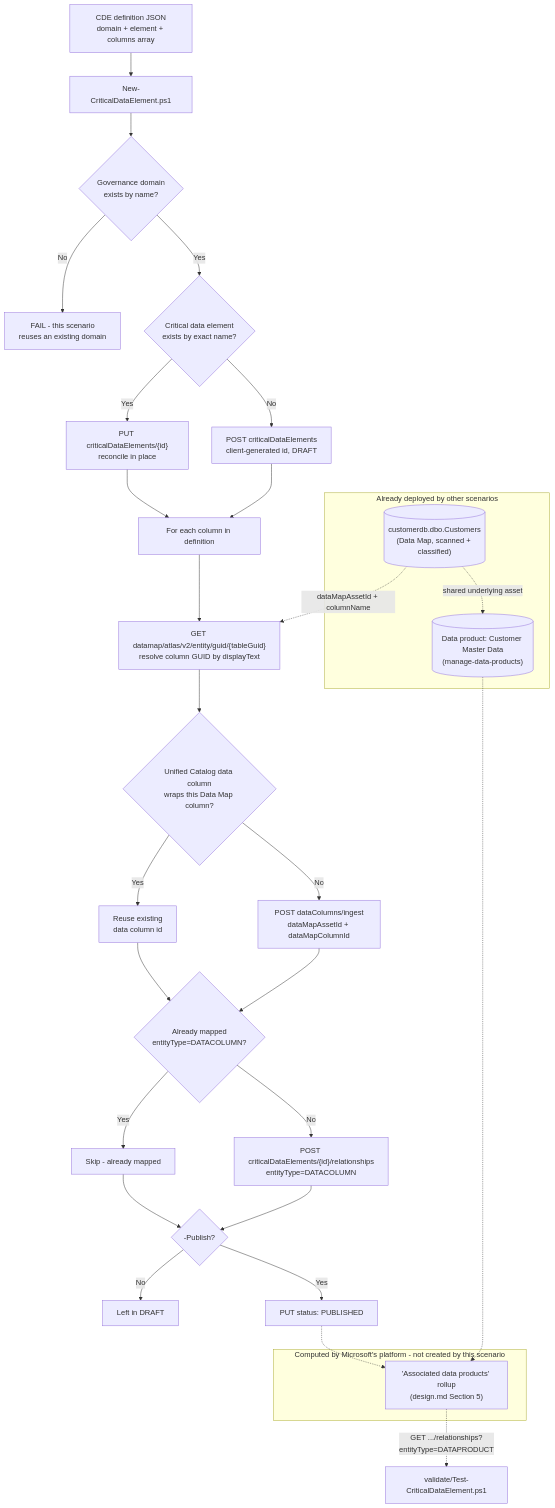
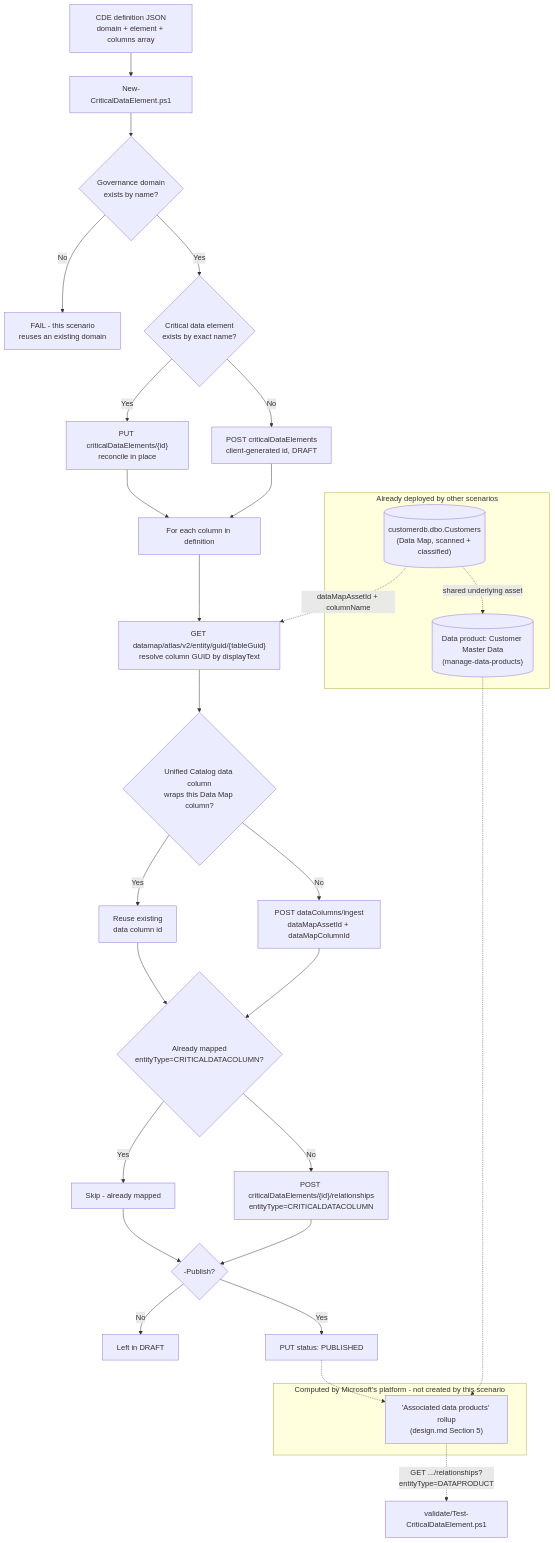
Before and after one commit to kpsec1/kpsec1.github.io: the diagram in src/content/scenarios/unified-catalog/manage-critical-data-elements.md, drawn with Mermaid. The commit also changed other lines of this file and 701 other files, not shown here.

````diff
--- a/src/content/scenarios/unified-catalog/manage-critical-data-elements.md
+++ b/src/content/scenarios/unified-catalog/manage-critical-data-elements.md
@@ -90,37 +59,37 @@
 ```mermaid
 flowchart TD
     A[CDE definition JSON<br/>domain + element + columns array] --> B[New-CriticalDataElement.ps1]
     B --> C{Governance domain<br/>exists by name?}
     C -- No --> X[FAIL - this scenario<br/>reuses an existing domain]
     C -- Yes --> D{Critical data element<br/>exists by exact name?}
     D -- No --> E["POST criticalDataElements<br/>client-generated id, DRAFT"]
     D -- Yes --> F["PUT criticalDataElements/{id}<br/>reconcile in place"]
     E --> G
     F --> G[For each column in definition]
     G --> H["GET datamap/atlas/v2/entity/guid/{tableGuid}<br/>resolve column GUID by displayText"]
     H --> I{Unified Catalog data column<br/>wraps this Data Map column?}
     I -- No --> J["POST dataColumns/ingest<br/>dataMapAssetId + dataMapColumnId"]
     I -- Yes --> K[Reuse existing<br/>data column id]
     J --> L
-    K --> L{Already mapped<br/>entityType=DATACOLUMN?}
-    L -- No --> M["POST criticalDataElements/{id}/relationships<br/>entityType=DATACOLUMN"]
+    K --> L{Already mapped<br/>entityType=CRITICALDATACOLUMN?}
+    L -- No --> M["POST criticalDataElements/{id}/relationships<br/>entityType=CRITICALDATACOLUMN"]
     L -- Yes --> N[Skip - already mapped]
     M --> O{-Publish?}
     N --> O
     O -- No --> P[Left in DRAFT]
     O -- Yes --> Q["PUT status: PUBLISHED"]
 
     subgraph Upstream["Already deployed by other scenarios"]
         SQL[("customerdb.dbo.Customers<br/>(Data Map, scanned + classified)")]
         DP[("Data product: Customer Master Data<br/>(manage-data-products)")]
     end
     SQL -.->|dataMapAssetId + columnName| H
     SQL -.->|shared underlying asset| DP
 
     subgraph Observed["Computed by Microsoft's platform - not created by this scenario"]
         R["'Associated data products' rollup<br/>(design.md Section 5)"]
     end
     DP -.-> R
     Q -.-> R
     R -.->|GET .../relationships?entityType=DATAPRODUCT| V[validate/Test-CriticalDataElement.ps1]
 ```
````
